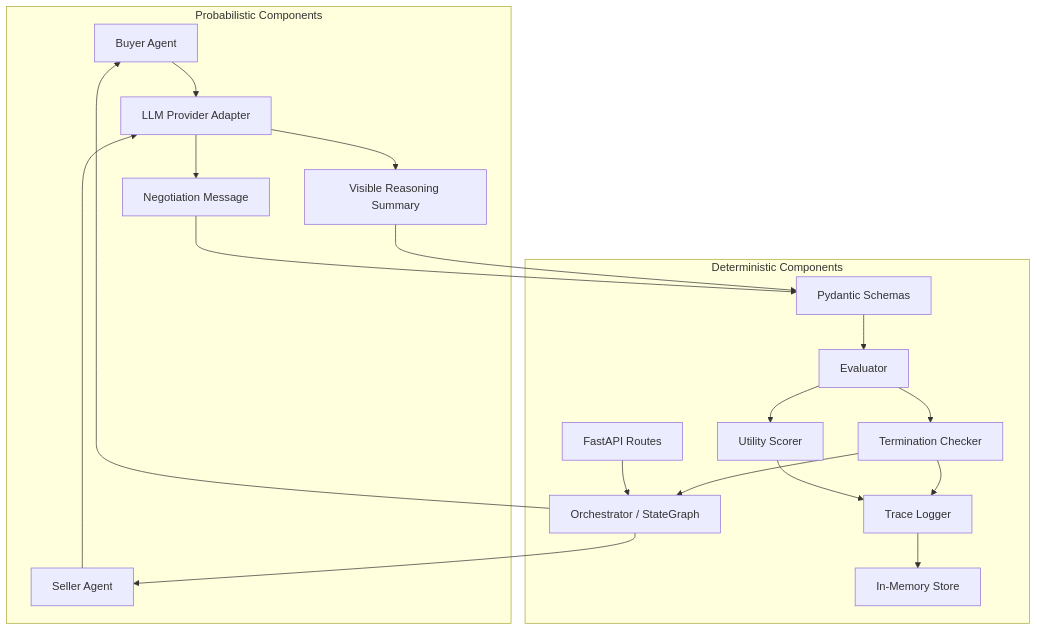
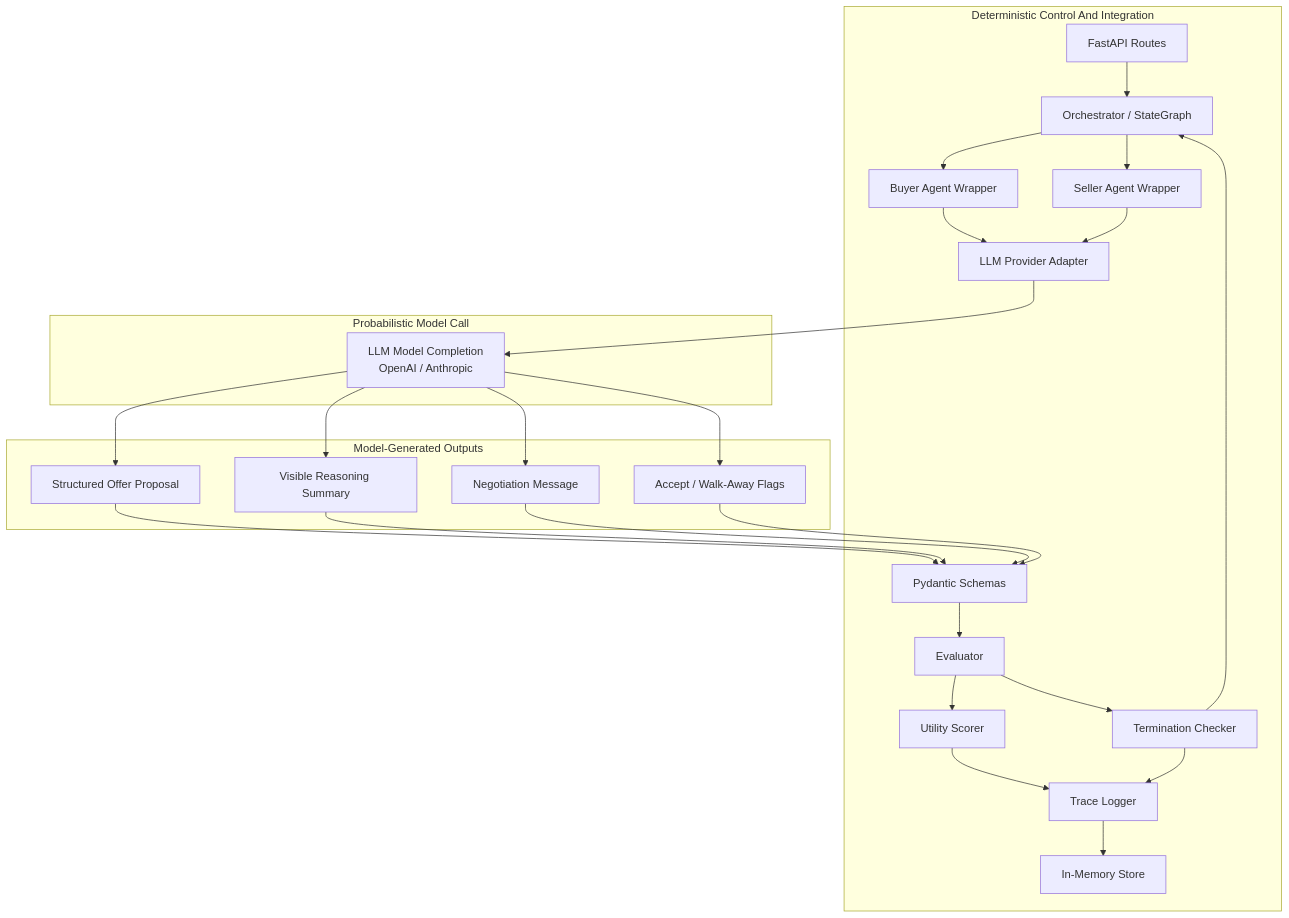
Before and after one commit to vdeeplearning/multi-agent-negotiation-sim: the second of 2 diagrams in README.md, drawn with Mermaid. The commit also changed other lines of this file, not shown here.

Commit message:
Clarify deterministic and probabilistic diagram

````diff
--- a/README.md
+++ b/README.md
@@ -82,38 +82,49 @@
 ```mermaid
 flowchart TB
-  subgraph P["Probabilistic Components"]
-    BUYER["Buyer Agent"]
-    SELLER["Seller Agent"]
-    PROVIDER["LLM Provider Adapter"]
-    THINKING["Visible Reasoning Summary"]
-    MESSAGE["Negotiation Message"]
-  end
-
-  subgraph D["Deterministic Components"]
+  subgraph D["Deterministic Control And Integration"]
     API["FastAPI Routes"]
     GRAPH["Orchestrator / StateGraph"]
+    BUYER["Buyer Agent Wrapper"]
+    SELLER["Seller Agent Wrapper"]
+    PROVIDER["LLM Provider Adapter"]
     SCHEMA["Pydantic Schemas"]
     EVAL["Evaluator"]
     UTILITY["Utility Scorer"]
     TERM["Termination Checker"]
     TRACE["Trace Logger"]
     STORE["In-Memory Store"]
   end
 
+  subgraph P["Probabilistic Model Call"]
+    MODEL["LLM Model Completion\nOpenAI / Anthropic"]
+  end
+
+  subgraph O["Model-Generated Outputs"]
+    OFFER["Structured Offer Proposal"]
+    THINKING["Visible Reasoning Summary"]
+    MESSAGE["Negotiation Message"]
+    DECISION["Accept / Walk-Away Flags"]
+  end
+
   API --> GRAPH
   GRAPH --> BUYER
   GRAPH --> SELLER
   BUYER --> PROVIDER
   SELLER --> PROVIDER
-  PROVIDER --> THINKING
-  PROVIDER --> MESSAGE
+  PROVIDER --> MODEL
+  MODEL --> OFFER
+  MODEL --> THINKING
+  MODEL --> MESSAGE
+  MODEL --> DECISION
+  OFFER --> SCHEMA
+  THINKING --> SCHEMA
   MESSAGE --> SCHEMA
-  THINKING --> SCHEMA
+  DECISION --> SCHEMA
   SCHEMA --> EVAL
   EVAL --> UTILITY
   EVAL --> TERM
   UTILITY --> TRACE
   TERM --> TRACE
   TRACE --> STORE
   TERM --> GRAPH
 ```
````
